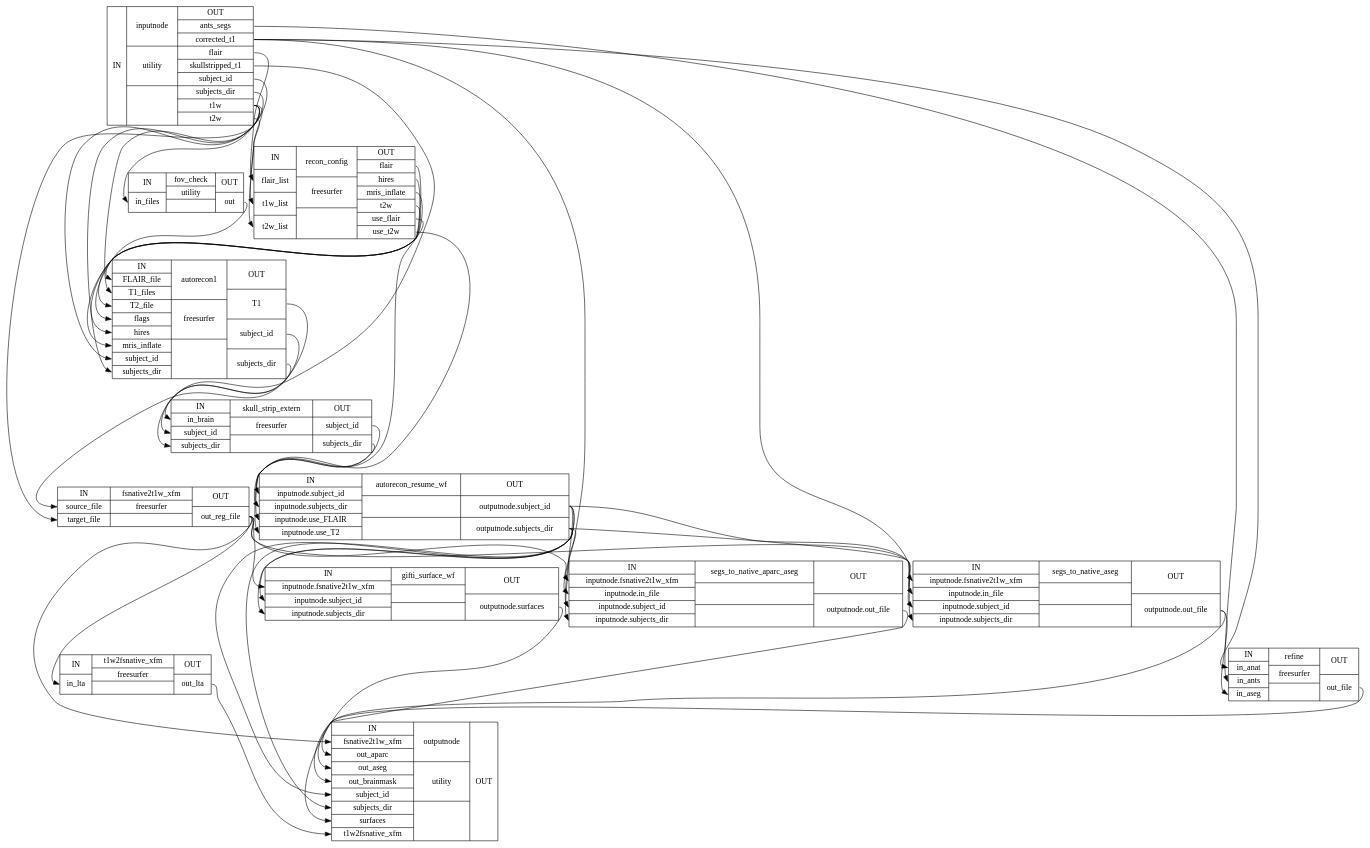
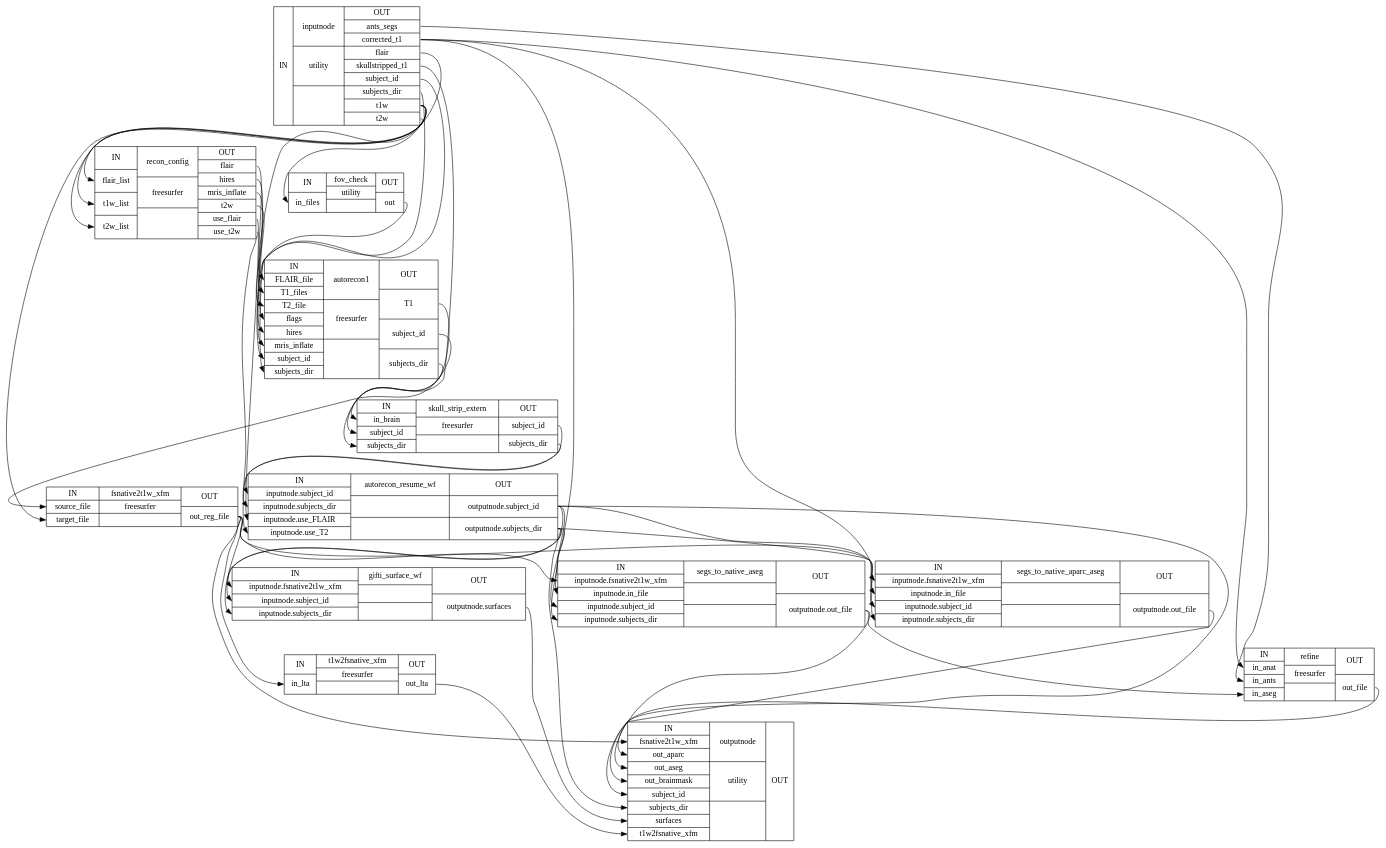
The diagram in 0.4.0rc1/wf_directive/api/surface_recon_wf/smriprep-workflows-surfaces-4_detailed.dot (pcamach2/smriprep), drawn with Graphviz before and after one commit. The commit also changed other lines of this file and 3595 other files, not shown here.

```diff
--- a/0.4.0rc1/wf_directive/api/surface_recon_wf/smriprep-workflows-surfaces-4_detailed.dot
+++ b/0.4.0rc1/wf_directive/api/surface_recon_wf/smriprep-workflows-surfaces-4_detailed.dot
@@ -1,60 +1,60 @@
 digraph structs {
 node [shape=record];
 surface_recon_wfinputnode [label="{IN}|{ inputnode | utility |  }|{OUT|<outantssegs> ants_segs|<outcorrectedt1> corrected_t1|<outflair> flair|<outskullstrippedt1> skullstripped_t1|<outsubjectid> subject_id|<outsubjectsdir> subjects_dir|<outt1w> t1w|<outt2w> t2w}"];
+surface_recon_wfrecon_config [label="{IN|<inflairlist> flair_list|<int1wlist> t1w_list|<int2wlist> t2w_list}|{ recon_config | freesurfer |  }|{OUT|<outflair> flair|<outhires> hires|<outmrisinflate> mris_inflate|<outt2w> t2w|<outuseflair> use_flair|<outuset2w> use_t2w}"];
 surface_recon_wffov_check [label="{IN|<ininfiles> in_files}|{ fov_check | utility |  }|{OUT|<outout> out}"];
-surface_recon_wfrecon_config [label="{IN|<inflairlist> flair_list|<int1wlist> t1w_list|<int2wlist> t2w_list}|{ recon_config | freesurfer |  }|{OUT|<outflair> flair|<outhires> hires|<outmrisinflate> mris_inflate|<outt2w> t2w|<outuseflair> use_flair|<outuset2w> use_t2w}"];
 surface_recon_wfautorecon1 [label="{IN|<inFLAIRfile> FLAIR_file|<inT1files> T1_files|<inT2file> T2_file|<inflags> flags|<inhires> hires|<inmrisinflate> mris_inflate|<insubjectid> subject_id|<insubjectsdir> subjects_dir}|{ autorecon1 | freesurfer |  }|{OUT|<outT1> T1|<outsubjectid> subject_id|<outsubjectsdir> subjects_dir}"];
+surface_recon_wfskull_strip_extern [label="{IN|<ininbrain> in_brain|<insubjectid> subject_id|<insubjectsdir> subjects_dir}|{ skull_strip_extern | freesurfer |  }|{OUT|<outsubjectid> subject_id|<outsubjectsdir> subjects_dir}"];
 surface_recon_wffsnative2t1w_xfm [label="{IN|<insourcefile> source_file|<intargetfile> target_file}|{ fsnative2t1w_xfm | freesurfer |  }|{OUT|<outoutregfile> out_reg_file}"];
+surface_recon_wfautorecon_resume_wf [label="{IN|<ininputnodesubjectid> inputnode.subject_id|<ininputnodesubjectsdir> inputnode.subjects_dir|<ininputnodeuseFLAIR> inputnode.use_FLAIR|<ininputnodeuseT2> inputnode.use_T2}|{ autorecon_resume_wf |  |  }|{OUT|<outoutputnodesubjectid> outputnode.subject_id|<outoutputnodesubjectsdir> outputnode.subjects_dir}"];
 surface_recon_wft1w2fsnative_xfm [label="{IN|<ininlta> in_lta}|{ t1w2fsnative_xfm | freesurfer |  }|{OUT|<outoutlta> out_lta}"];
-surface_recon_wfskull_strip_extern [label="{IN|<ininbrain> in_brain|<insubjectid> subject_id|<insubjectsdir> subjects_dir}|{ skull_strip_extern | freesurfer |  }|{OUT|<outsubjectid> subject_id|<outsubjectsdir> subjects_dir}"];
-surface_recon_wfautorecon_resume_wf [label="{IN|<ininputnodesubjectid> inputnode.subject_id|<ininputnodesubjectsdir> inputnode.subjects_dir|<ininputnodeuseFLAIR> inputnode.use_FLAIR|<ininputnodeuseT2> inputnode.use_T2}|{ autorecon_resume_wf |  |  }|{OUT|<outoutputnodesubjectid> outputnode.subject_id|<outoutputnodesubjectsdir> outputnode.subjects_dir}"];
+surface_recon_wfgifti_surface_wf [label="{IN|<ininputnodefsnative2t1wxfm> inputnode.fsnative2t1w_xfm|<ininputnodesubjectid> inputnode.subject_id|<ininputnodesubjectsdir> inputnode.subjects_dir}|{ gifti_surface_wf |  |  }|{OUT|<outoutputnodesurfaces> outputnode.surfaces}"];
+surface_recon_wfsegs_to_native_aseg [label="{IN|<ininputnodefsnative2t1wxfm> inputnode.fsnative2t1w_xfm|<ininputnodeinfile> inputnode.in_file|<ininputnodesubjectid> inputnode.subject_id|<ininputnodesubjectsdir> inputnode.subjects_dir}|{ segs_to_native_aseg |  |  }|{OUT|<outoutputnodeoutfile> outputnode.out_file}"];
 surface_recon_wfsegs_to_native_aparc_aseg [label="{IN|<ininputnodefsnative2t1wxfm> inputnode.fsnative2t1w_xfm|<ininputnodeinfile> inputnode.in_file|<ininputnodesubjectid> inputnode.subject_id|<ininputnodesubjectsdir> inputnode.subjects_dir}|{ segs_to_native_aparc_aseg |  |  }|{OUT|<outoutputnodeoutfile> outputnode.out_file}"];
-surface_recon_wfsegs_to_native_aseg [label="{IN|<ininputnodefsnative2t1wxfm> inputnode.fsnative2t1w_xfm|<ininputnodeinfile> inputnode.in_file|<ininputnodesubjectid> inputnode.subject_id|<ininputnodesubjectsdir> inputnode.subjects_dir}|{ segs_to_native_aseg |  |  }|{OUT|<outoutputnodeoutfile> outputnode.out_file}"];
 surface_recon_wfrefine [label="{IN|<ininanat> in_anat|<ininants> in_ants|<ininaseg> in_aseg}|{ refine | freesurfer |  }|{OUT|<outoutfile> out_file}"];
-surface_recon_wfgifti_surface_wf [label="{IN|<ininputnodefsnative2t1wxfm> inputnode.fsnative2t1w_xfm|<ininputnodesubjectid> inputnode.subject_id|<ininputnodesubjectsdir> inputnode.subjects_dir}|{ gifti_surface_wf |  |  }|{OUT|<outoutputnodesurfaces> outputnode.surfaces}"];
 surface_recon_wfoutputnode [label="{IN|<infsnative2t1wxfm> fsnative2t1w_xfm|<inoutaparc> out_aparc|<inoutaseg> out_aseg|<inoutbrainmask> out_brainmask|<insubjectid> subject_id|<insubjectsdir> subjects_dir|<insurfaces> surfaces|<int1w2fsnativexfm> t1w2fsnative_xfm}|{ outputnode | utility |  }|{OUT}"];
 surface_recon_wfautorecon1:outT1:e -> surface_recon_wffsnative2t1w_xfm:insourcefile:w;
 surface_recon_wfautorecon1:outsubjectid:e -> surface_recon_wfskull_strip_extern:insubjectid:w;
 surface_recon_wfautorecon1:outsubjectsdir:e -> surface_recon_wfskull_strip_extern:insubjectsdir:w;
 surface_recon_wfautorecon_resume_wf:outoutputnodesubjectid:e -> surface_recon_wfgifti_surface_wf:ininputnodesubjectid:w;
 surface_recon_wfautorecon_resume_wf:outoutputnodesubjectid:e -> surface_recon_wfoutputnode:insubjectid:w;
 surface_recon_wfautorecon_resume_wf:outoutputnodesubjectid:e -> surface_recon_wfsegs_to_native_aparc_aseg:ininputnodesubjectid:w;
 surface_recon_wfautorecon_resume_wf:outoutputnodesubjectid:e -> surface_recon_wfsegs_to_native_aseg:ininputnodesubjectid:w;
 surface_recon_wfautorecon_resume_wf:outoutputnodesubjectsdir:e -> surface_recon_wfgifti_surface_wf:ininputnodesubjectsdir:w;
 surface_recon_wfautorecon_resume_wf:outoutputnodesubjectsdir:e -> surface_recon_wfoutputnode:insubjectsdir:w;
 surface_recon_wfautorecon_resume_wf:outoutputnodesubjectsdir:e -> surface_recon_wfsegs_to_native_aparc_aseg:ininputnodesubjectsdir:w;
 surface_recon_wfautorecon_resume_wf:outoutputnodesubjectsdir:e -> surface_recon_wfsegs_to_native_aseg:ininputnodesubjectsdir:w;
 surface_recon_wffov_check:outout:e -> surface_recon_wfautorecon1:inflags:w;
 surface_recon_wffsnative2t1w_xfm:outoutregfile:e -> surface_recon_wfgifti_surface_wf:ininputnodefsnative2t1wxfm:w;
 surface_recon_wffsnative2t1w_xfm:outoutregfile:e -> surface_recon_wfoutputnode:infsnative2t1wxfm:w;
 surface_recon_wffsnative2t1w_xfm:outoutregfile:e -> surface_recon_wfsegs_to_native_aparc_aseg:ininputnodefsnative2t1wxfm:w;
 surface_recon_wffsnative2t1w_xfm:outoutregfile:e -> surface_recon_wfsegs_to_native_aseg:ininputnodefsnative2t1wxfm:w;
 surface_recon_wffsnative2t1w_xfm:outoutregfile:e -> surface_recon_wft1w2fsnative_xfm:ininlta:w;
 surface_recon_wfgifti_surface_wf:outoutputnodesurfaces:e -> surface_recon_wfoutputnode:insurfaces:w;
 surface_recon_wfinputnode:outantssegs:e -> surface_recon_wfrefine:ininants:w;
 surface_recon_wfinputnode:outcorrectedt1:e -> surface_recon_wfrefine:ininanat:w;
 surface_recon_wfinputnode:outcorrectedt1:e -> surface_recon_wfsegs_to_native_aparc_aseg:ininputnodeinfile:w;
 surface_recon_wfinputnode:outcorrectedt1:e -> surface_recon_wfsegs_to_native_aseg:ininputnodeinfile:w;
 surface_recon_wfinputnode:outflair:e -> surface_recon_wfrecon_config:inflairlist:w;
 surface_recon_wfinputnode:outskullstrippedt1:e -> surface_recon_wfskull_strip_extern:ininbrain:w;
 surface_recon_wfinputnode:outsubjectid:e -> surface_recon_wfautorecon1:insubjectid:w;
 surface_recon_wfinputnode:outsubjectsdir:e -> surface_recon_wfautorecon1:insubjectsdir:w;
 surface_recon_wfinputnode:outt1w:e -> surface_recon_wfautorecon1:inT1files:w;
 surface_recon_wfinputnode:outt1w:e -> surface_recon_wffov_check:ininfiles:w;
 surface_recon_wfinputnode:outt1w:e -> surface_recon_wffsnative2t1w_xfm:intargetfile:w;
 surface_recon_wfinputnode:outt1w:e -> surface_recon_wfrecon_config:int1wlist:w;
 surface_recon_wfinputnode:outt2w:e -> surface_recon_wfrecon_config:int2wlist:w;
 surface_recon_wfrecon_config:outflair:e -> surface_recon_wfautorecon1:inFLAIRfile:w;
 surface_recon_wfrecon_config:outhires:e -> surface_recon_wfautorecon1:inhires:w;
 surface_recon_wfrecon_config:outmrisinflate:e -> surface_recon_wfautorecon1:inmrisinflate:w;
 surface_recon_wfrecon_config:outt2w:e -> surface_recon_wfautorecon1:inT2file:w;
 surface_recon_wfrecon_config:outuseflair:e -> surface_recon_wfautorecon_resume_wf:ininputnodeuseFLAIR:w;
 surface_recon_wfrecon_config:outuset2w:e -> surface_recon_wfautorecon_resume_wf:ininputnodeuseT2:w;
 surface_recon_wfrefine:outoutfile:e -> surface_recon_wfoutputnode:inoutbrainmask:w;
 surface_recon_wfsegs_to_native_aparc_aseg:outoutputnodeoutfile:e -> surface_recon_wfoutputnode:inoutaparc:w;
 surface_recon_wfsegs_to_native_aseg:outoutputnodeoutfile:e -> surface_recon_wfoutputnode:inoutaseg:w;
 surface_recon_wfsegs_to_native_aseg:outoutputnodeoutfile:e -> surface_recon_wfrefine:ininaseg:w;
 surface_recon_wfskull_strip_extern:outsubjectid:e -> surface_recon_wfautorecon_resume_wf:ininputnodesubjectid:w;
 surface_recon_wfskull_strip_extern:outsubjectsdir:e -> surface_recon_wfautorecon_resume_wf:ininputnodesubjectsdir:w;
 surface_recon_wft1w2fsnative_xfm:outoutlta:e -> surface_recon_wfoutputnode:int1w2fsnativexfm:w;
 }
```
